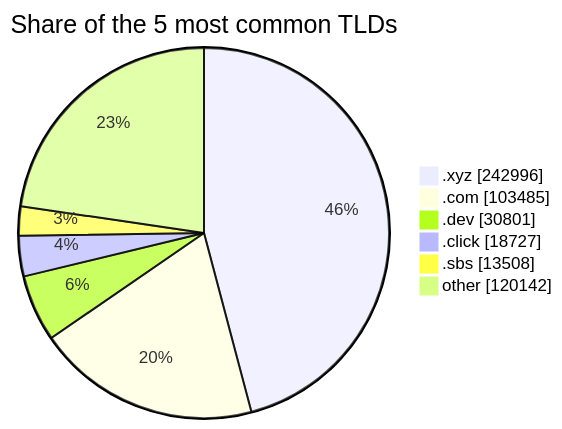
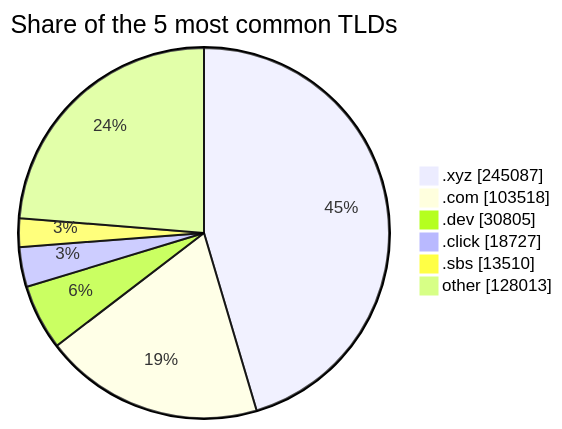
The third of 3 diagrams in README.md (DNSBunker/CTI), drawn with Mermaid before and after one commit. The commit also changed other lines of this file and 3 other files, not shown here.

````diff
--- a/README.md
+++ b/README.md
@@ -81,9 +81,9 @@
 ```mermaid
 pie showData title Share of the 5 most common TLDs
-    ".xyz" : 242996
-    ".com" : 103485
-    ".dev" : 30801
+    ".xyz" : 245087
+    ".com" : 103518
+    ".dev" : 30805
     ".click" : 18727
-    ".sbs" : 13508
-    "other" : 120142
+    ".sbs" : 13510
+    "other" : 128013
 ```
````
